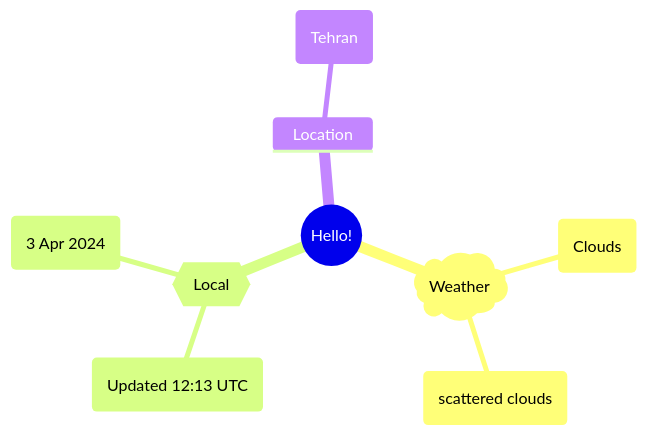
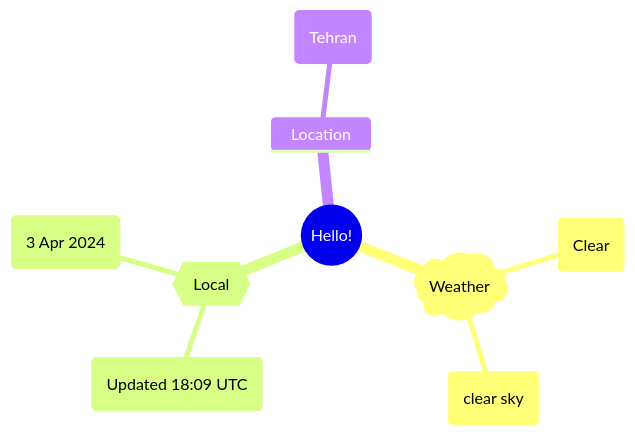
Before and after one commit to Xosrov/Xosrov: the first of 2 diagrams in README.md, drawn with Mermaid.

Commit message:
[bot] updated images

````diff
--- a/README.md
+++ b/README.md
@@ -3,12 +3,12 @@
 ```mermaid
 mindmap
   root((Hello!))
     )Weather(
-        (Clouds)
-        (scattered clouds)
+        (Clear)
+        (clear sky)
     {{Local}}
-        (Updated 12:13 UTC)
+        (Updated 18:09 UTC)
         (3 Apr 2024)
     Location
         (Tehran)
 ```
````
